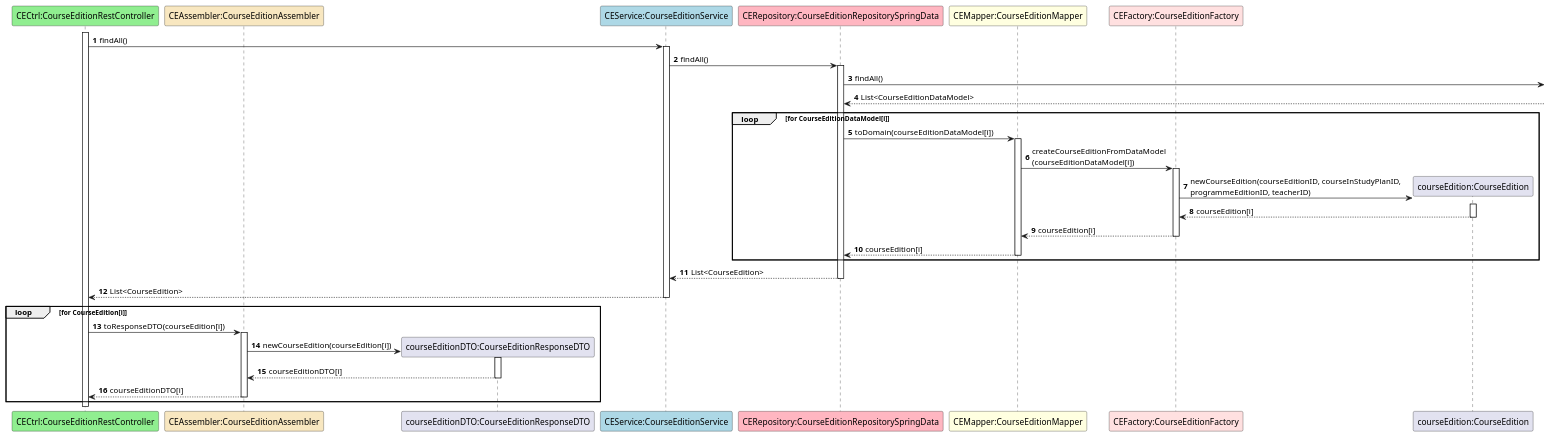
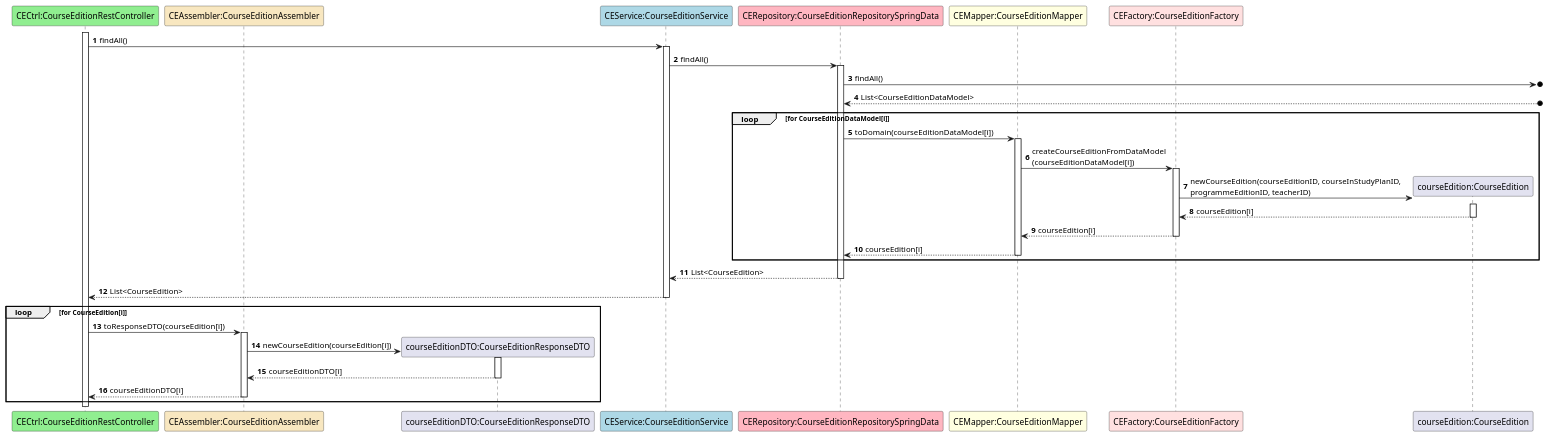
The diagram in docs/US36/ScenarioView/References/GetCourseEditionsList.puml (GasparISEP/DevOps-PAI), drawn with PlantUML before and after one commit. The commit also changed 5 other files, not shown here.

Commit message:
Ref #652, #658: Refactor Process View and Scenario View diagrams to use o] notation for external interactions

```diff
--- a/docs/US36/ScenarioView/References/GetCourseEditionsList.puml
+++ b/docs/US36/ScenarioView/References/GetCourseEditionsList.puml
@@ -1,41 +1,41 @@
 @startuml
 
 autonumber
 
 participant "CECtrl:CourseEditionRestController" as ceC #lightgreen
 participant "CEAssembler:CourseEditionAssembler" as A #strategy
 participant "courseEditionDTO:CourseEditionResponseDTO" as DTO
 participant "CEService:CourseEditionService" as ceS #lightblue
 participant "CERepository:CourseEditionRepositorySpringData" as ceR #lightpink
 participant "CEMapper:CourseEditionMapper" as M #lightyellow
 participant "CEFactory:CourseEditionFactory" as F #implementation
 participant "courseEdition:CourseEdition" as ce
 
 activate ceC
 ceC -> ceS ++: findAll()
 ceS -> ceR ++: findAll()
-ceR -> :findAll()
-ceR <-- : List<CourseEditionDataModel>
+ceR ->o] :findAll()
+ceR <--o] : List<CourseEditionDataModel>
 
 loop for CourseEditionDataModel[i]
 ceR -> M ++: toDomain(courseEditionDataModel[i])
 M -> F ++: createCourseEditionFromDataModel\n(courseEditionDataModel[i])
 F -> ce**: newCourseEdition(courseEditionID, courseInStudyPlanID, \nprogrammeEditionID, teacherID)
 activate ce
 ce --> F --: courseEdition[i]
 F --> M --: courseEdition[i]
 M --> ceR --: courseEdition[i]
 end
 
 ceR --> ceS --: List<CourseEdition>
 ceS --> ceC --: List<CourseEdition>
 
 loop for CourseEdition[i]
 ceC -> A ++: toResponseDTO(courseEdition[i])
 A -> DTO**: newCourseEdition(courseEdition[i])
 activate DTO
 DTO --> A --: courseEditionDTO[i]
 A --> ceC --: courseEditionDTO[i]
 end
 
 @enduml
```
